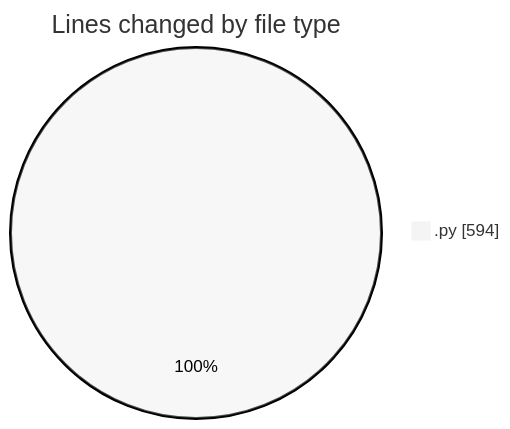
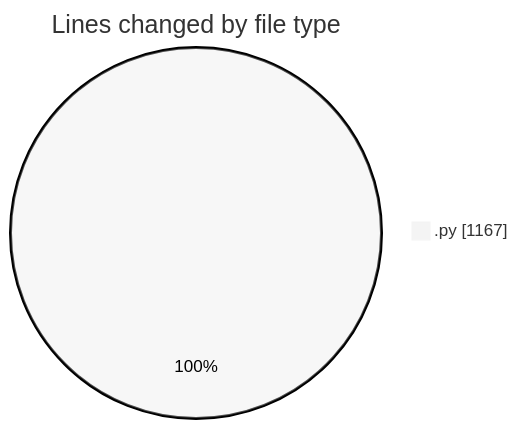
One commit to julien-gomy/code-tracking changed the first of 2 diagrams in 2025-11-08/eventscop-api-guide__workspace_/README.md. Above: the diagram before and after it, drawn with Mermaid (neutral theme). The commit also changed other lines of this file and 1 other file, not shown here.

````diff
--- a/2025-11-08/eventscop-api-guide__workspace_/README.md
+++ b/2025-11-08/eventscop-api-guide__workspace_/README.md
@@ -21,5 +22,5 @@
 ```mermaid
 pie showData
 title Lines changed by file type
-".py" : 594
+".py" : 1167
 ```
````
